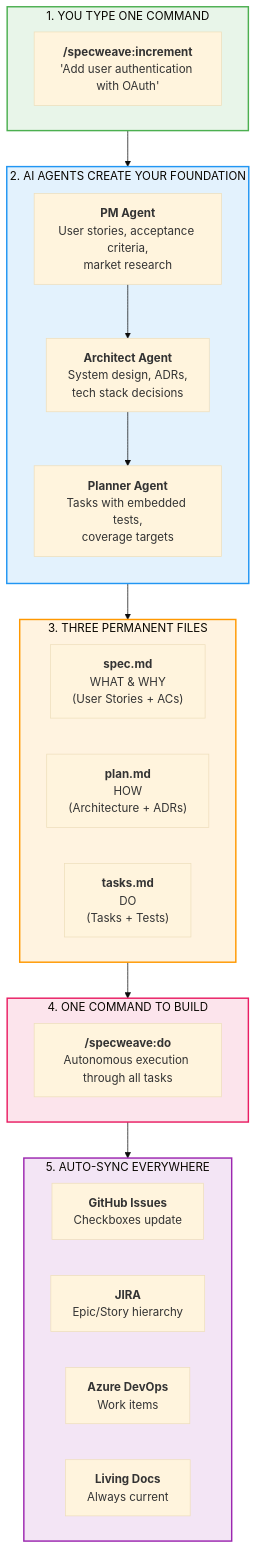
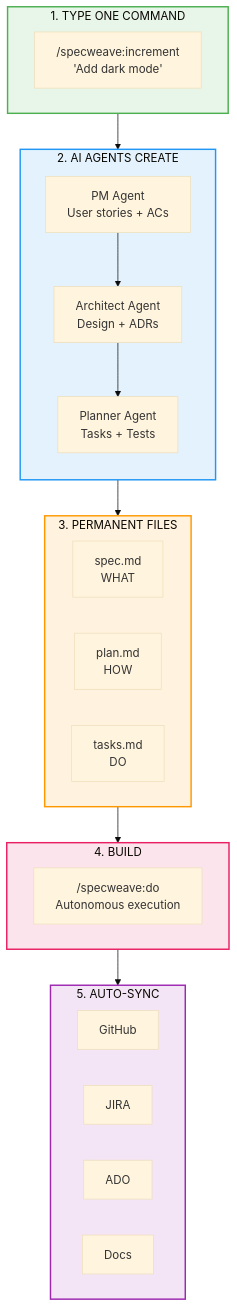
Before and after one commit to anton-abyzov/specweave: the first of 3 diagrams in README.md, drawn with Mermaid (base theme). The commit also changed other lines of this file and 19 other files, not shown here.

````diff
--- a/README.md
+++ b/README.md
@@ -32,44 +54,44 @@
 ```mermaid
 flowchart TB
-    subgraph INPUT["1. YOU TYPE ONE COMMAND"]
-        A["<b>/specweave:increment</b><br/>'Add user authentication with OAuth'"]
+    subgraph INPUT["1. TYPE ONE COMMAND"]
+        A["/specweave:increment<br/>'Add dark mode'"]
     end
 
-    subgraph AGENTS["2. AI AGENTS CREATE YOUR FOUNDATION"]
+    subgraph AGENTS["2. AI AGENTS CREATE"]
         direction TB
-        PM["<b>PM Agent</b><br/>User stories, acceptance criteria,<br/>market research"]
-        ARCH["<b>Architect Agent</b><br/>System design, ADRs,<br/>tech stack decisions"]
-        PLAN["<b>Planner Agent</b><br/>Tasks with embedded tests,<br/>coverage targets"]
+        PM["PM Agent<br/>User stories + ACs"]
+        ARCH["Architect Agent<br/>Design + ADRs"]
+        PLAN["Planner Agent<br/>Tasks + Tests"]
         PM --> ARCH --> PLAN
     end
 
-    subgraph OUTPUT["3. THREE PERMANENT FILES"]
+    subgraph OUTPUT["3. PERMANENT FILES"]
         direction LR
-        SPEC["<b>spec.md</b><br/>WHAT & WHY<br/>(User Stories + ACs)"]
-        PLANF["<b>plan.md</b><br/>HOW<br/>(Architecture + ADRs)"]
-        TASKS["<b>tasks.md</b><br/>DO<br/>(Tasks + Tests)"]
+        SPEC["spec.md<br/>WHAT"]
+        PLANF["plan.md<br/>HOW"]
+        TASKS["tasks.md<br/>DO"]
     end
 
-    subgraph EXECUTE["4. ONE COMMAND TO BUILD"]
-        B["<b>/specweave:do</b><br/>Autonomous execution through all tasks"]
+    subgraph EXECUTE["4. BUILD"]
+        B["/specweave:do<br/>Autonomous execution"]
     end
 
-    subgraph SYNC["5. AUTO-SYNC EVERYWHERE"]
+    subgraph SYNC["5. AUTO-SYNC"]
         direction LR
-        GH["<b>GitHub Issues</b><br/>Checkboxes update"]
-        JIRA["<b>JIRA</b><br/>Epic/Story hierarchy"]
-        ADO["<b>Azure DevOps</b><br/>Work items"]
-        DOCS["<b>Living Docs</b><br/>Always current"]
+        GH["GitHub"]
+        JIRA["JIRA"]
+        ADO["ADO"]
+        DOCS["Docs"]
     end
 
     INPUT --> AGENTS
     AGENTS --> OUTPUT
     OUTPUT --> EXECUTE
     EXECUTE --> SYNC
 
     style INPUT fill:#e8f5e9,stroke:#4caf50,stroke-width:2px
     style AGENTS fill:#e3f2fd,stroke:#2196f3,stroke-width:2px
     style OUTPUT fill:#fff3e0,stroke:#ff9800,stroke-width:2px
     style EXECUTE fill:#fce4ec,stroke:#e91e63,stroke-width:2px
     style SYNC fill:#f3e5f5,stroke:#9c27b0,stroke-width:2px
 ```
````
